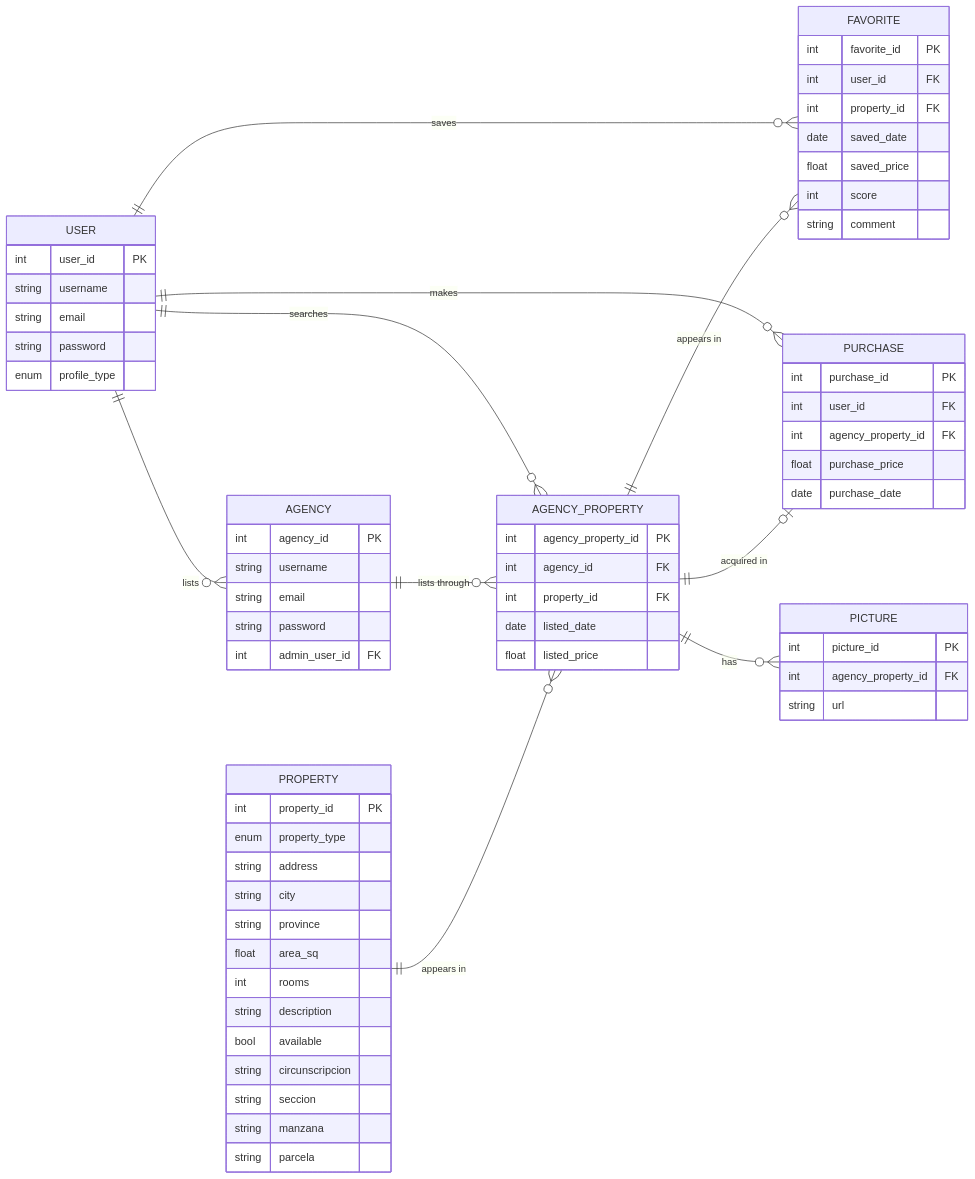
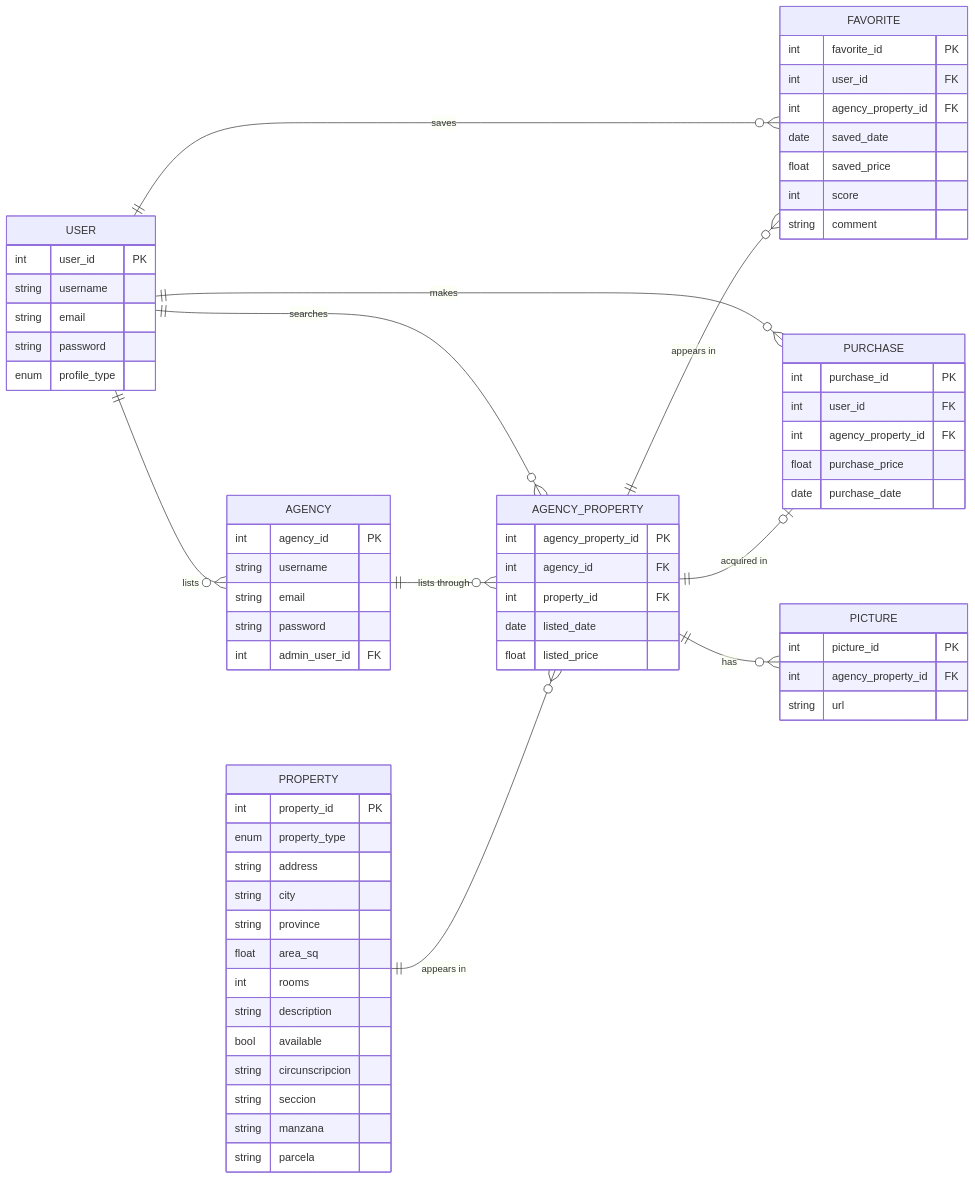
One commit to 2026c1-pdes-grupo4/.github changed the diagram in profile/README.md. Above: the diagram before and after it, drawn with Mermaid.

Commit message:
chore: sync DER.mmd into README

````diff
--- a/profile/README.md
+++ b/profile/README.md
@@ -10,78 +10,78 @@
 ```mermaid
 erDiagram
 	direction LR
 	USER {
 		int user_id PK
 		string username
 		string email
 		string password
 		enum profile_type
 	}
 
 	AGENCY {
 		int agency_id PK
 		string username
 		string email
         string password
 		int admin_user_id FK
 	}
 
 	PROPERTY {
 		int property_id PK
 		enum property_type
 		string address
 		string city
 		string province
 		float area_sq
 		int rooms
 		string description
 		bool available
 		string circunscripcion
 		string seccion
 		string manzana
 		string parcela
 	}
 
 	AGENCY_PROPERTY {
         int agency_property_id PK
         int agency_id FK
         int property_id FK
         date listed_date
         float listed_price
     }
 
 	PICTURE {
 		int picture_id PK
 		int agency_property_id FK
 		string url
 	}
 
 	FAVORITE {
 		int favorite_id PK
 		int user_id FK
-		int property_id FK
+		int agency_property_id FK
 		date saved_date
 		float saved_price
 		int score
 		string comment
 	}
 
 	PURCHASE {
 		int purchase_id PK
 		int user_id FK
 		int agency_property_id FK
 		float purchase_price
 		date purchase_date
 	}
 
 	USER||--o{AGENCY:"lists"
-    USER||--o{AGENCY_PROPERTY:"searches"
+	USER||--o{AGENCY_PROPERTY:"searches"
 	USER||--o{FAVORITE:"saves"
 	USER||--o{PURCHASE:"makes"
-    AGENCY||--o{AGENCY_PROPERTY:"lists through"
-    PROPERTY||--o{AGENCY_PROPERTY:"appears in"
+	AGENCY||--o{AGENCY_PROPERTY:"lists through"
+	PROPERTY||--o{AGENCY_PROPERTY:"appears in"
 	AGENCY_PROPERTY||--o{FAVORITE:"appears in"
 	AGENCY_PROPERTY||--o|PURCHASE:"acquired in"
 	AGENCY_PROPERTY||--o{PICTURE:"has"
 
 ```
````
